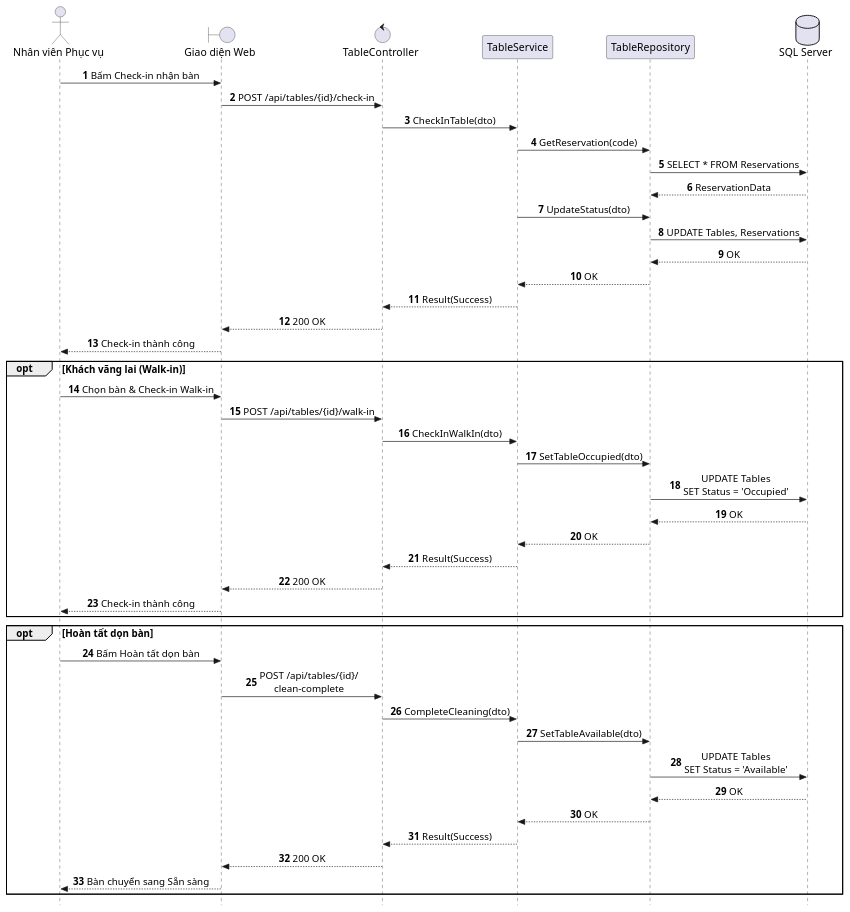
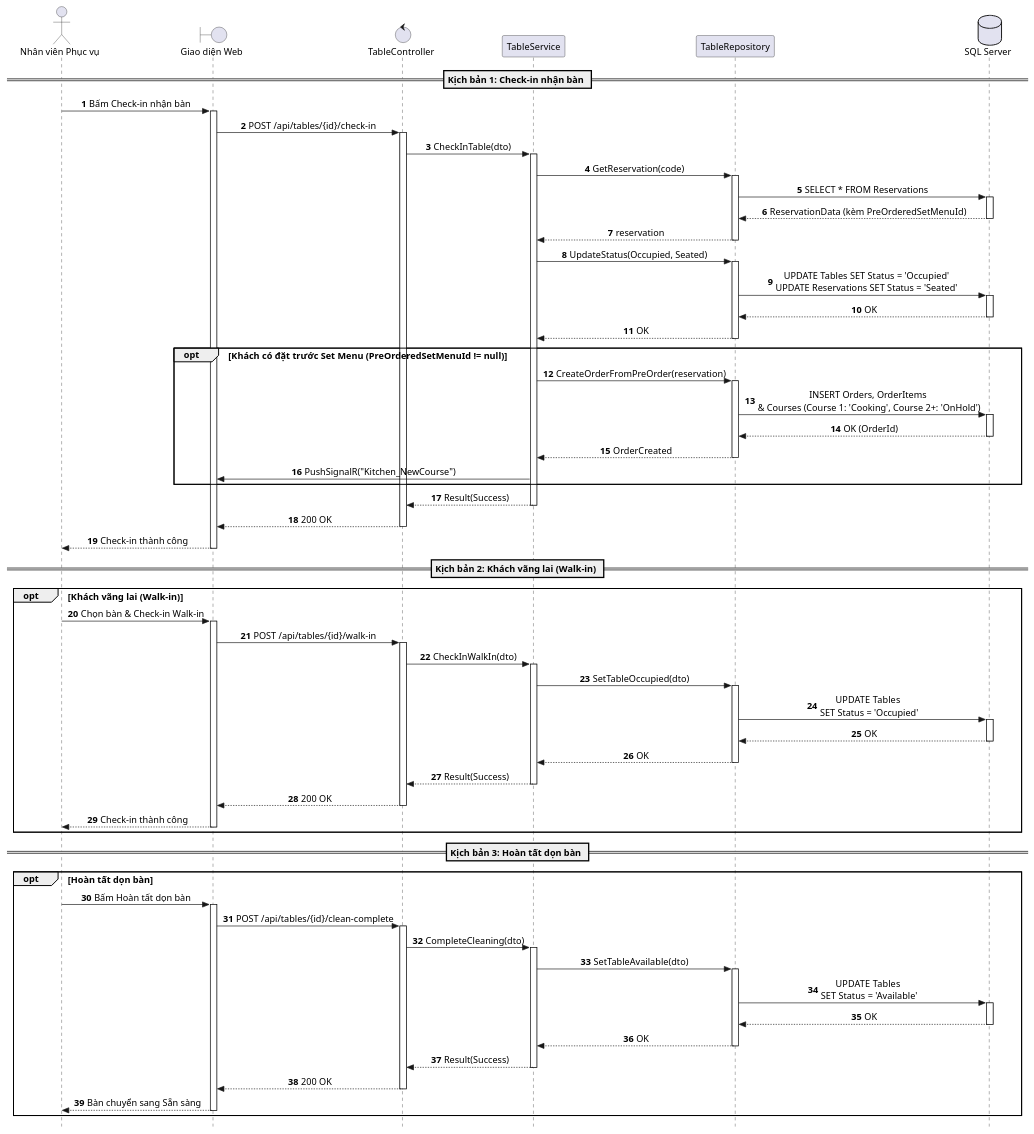
One commit to AndrewQng/VinDining changed the diagram in docs/puml/sequences/SD_UC_E6_CheckIn_And_Clean_Table.puml. Above: the diagram before and after it, drawn with PlantUML. The commit also changed 71 other files, not shown here.

Commit message:
Sequence 50%

```diff
--- a/docs/puml/sequences/SD_UC_E6_CheckIn_And_Clean_Table.puml
+++ b/docs/puml/sequences/SD_UC_E6_CheckIn_And_Clean_Table.puml
@@ -1,60 +1,121 @@
 @startuml SD_UC_E6_CheckIn_And_Clean_Table
 autonumber
 skinparam style strictuml
 skinparam sequenceMessageAlign center
 skinparam responseMessageBelowArrow true
 skinparam defaultFontName "Segoe UI", Arial, sans-serif
-skinparam defaultFontSize 16
-skinparam sequenceActorFontSize 16
-skinparam sequenceParticipantFontSize 16
-skinparam sequenceArrowFontSize 15
-skinparam sequenceGroupFontSize 15
-skinparam sequenceGroupHeaderFontSize 15
+skinparam defaultFontSize 14
 
 actor "Nhân viên Phục vụ" as Waitstaff
 boundary "Giao diện Web" as UI
 control "TableController" as Controller
 participant "TableService" as Service
 participant "TableRepository" as Repo
 database "SQL Server" as DB
 
+== Kịch bản 1: Check-in nhận bàn ==
+
 Waitstaff -> UI: Bấm Check-in nhận bàn
+activate UI
+
 UI -> Controller: POST /api/tables/{id}/check-in
+activate Controller
+
 Controller -> Service: CheckInTable(dto)
+activate Service
+
 Service -> Repo: GetReservation(code)
+activate Repo
+
 Repo -> DB: SELECT * FROM Reservations
-DB --> Repo: ReservationData
-Service -> Repo: UpdateStatus(dto)
-Repo -> DB: UPDATE Tables, Reservations
+activate DB
+DB --> Repo: ReservationData (kèm PreOrderedSetMenuId)
+deactivate DB
+
+Repo --> Service: reservation
+deactivate Repo
+
+Service -> Repo: UpdateStatus(Occupied, Seated)
+activate Repo
+
+Repo -> DB: UPDATE Tables SET Status = 'Occupied'\nUPDATE Reservations SET Status = 'Seated'
+activate DB
 DB --> Repo: OK
+deactivate DB
+
 Repo --> Service: OK
+deactivate Repo
+
+opt Khách có đặt trước Set Menu (PreOrderedSetMenuId != null)
+    Service -> Repo: CreateOrderFromPreOrder(reservation)
+    activate Repo
+    Repo -> DB: INSERT Orders, OrderItems \n& Courses (Course 1: 'Cooking', Course 2+: 'OnHold')
+    activate DB
+    DB --> Repo: OK (OrderId)
+    deactivate DB
+    Repo --> Service: OrderCreated
+    deactivate Repo
+
+    Service -> UI: PushSignalR("Kitchen_NewCourse")
+end
+
 Service --> Controller: Result(Success)
+deactivate Service
+
 Controller --> UI: 200 OK
+deactivate Controller
+
 UI --> Waitstaff: Check-in thành công
+deactivate UI
+
+== Kịch bản 2: Khách vãng lai (Walk-in) ==
 
 opt Khách vãng lai (Walk-in)
     Waitstaff -> UI: Chọn bàn & Check-in Walk-in
+    activate UI
     UI -> Controller: POST /api/tables/{id}/walk-in
+    activate Controller
     Controller -> Service: CheckInWalkIn(dto)
+    activate Service
     Service -> Repo: SetTableOccupied(dto)
-    Repo -> DB: UPDATE Tables\nSET Status = 'Occupied'
+    activate Repo
+    Repo -> DB: UPDATE Tables \nSET Status = 'Occupied'
+    activate DB
     DB --> Repo: OK
+    deactivate DB
     Repo --> Service: OK
+    deactivate Repo
     Service --> Controller: Result(Success)
+    deactivate Service
     Controller --> UI: 200 OK
+    deactivate Controller
     UI --> Waitstaff: Check-in thành công
+    deactivate UI
 end
+
+== Kịch bản 3: Hoàn tất dọn bàn ==
 
 opt Hoàn tất dọn bàn
     Waitstaff -> UI: Bấm Hoàn tất dọn bàn
-    UI -> Controller: POST /api/tables/{id}/\nclean-complete
+    activate UI
+    UI -> Controller: POST /api/tables/{id}/clean-complete
+    activate Controller
     Controller -> Service: CompleteCleaning(dto)
+    activate Service
     Service -> Repo: SetTableAvailable(dto)
-    Repo -> DB: UPDATE Tables\nSET Status = 'Available'
+    activate Repo
+    Repo -> DB: UPDATE Tables \nSET Status = 'Available'
+    activate DB
     DB --> Repo: OK
+    deactivate DB
     Repo --> Service: OK
+    deactivate Repo
     Service --> Controller: Result(Success)
+    deactivate Service
     Controller --> UI: 200 OK
+    deactivate Controller
     UI --> Waitstaff: Bàn chuyển sang Sẵn sàng
+    deactivate UI
 end
+
 @enduml
```
